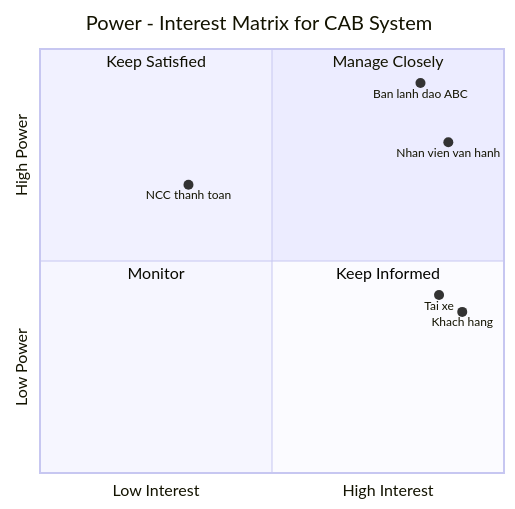
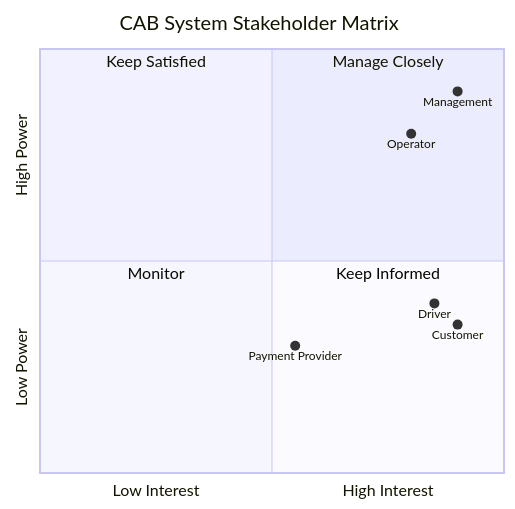
One commit to LeAnh05/23698501_LeThiNgocAnh_CABSYSTEM changed the first of 12 diagrams in srs.md. Above: the diagram before and after it, drawn with Mermaid. The commit also changed other lines of this file, not shown here.

````diff
--- a/srs.md
+++ b/srs.md
@@ -24,17 +36,16 @@
 ```mermaid
 quadrantChart
-    title Power - Interest Matrix for CAB System
+    title CAB System Stakeholder Matrix
     x-axis Low Interest --> High Interest
     y-axis Low Power --> High Power
-
     quadrant-1 Manage Closely
     quadrant-2 Keep Satisfied
     quadrant-3 Monitor
     quadrant-4 Keep Informed
 
-    "Ban lanh dao ABC": [0.82, 0.92]
-    "Nhan vien van hanh": [0.88, 0.78]
-    "Khach hang": [0.91, 0.38]
-    "Tai xe": [0.86, 0.42]
-    "NCC thanh toan": [0.32, 0.68]
+    Management: [0.90, 0.90]
+    Operator: [0.80, 0.80]
+    Customer: [0.90, 0.35]
+    Driver: [0.85, 0.40]
+    Payment Provider: [0.55, 0.30]
 ```
````
